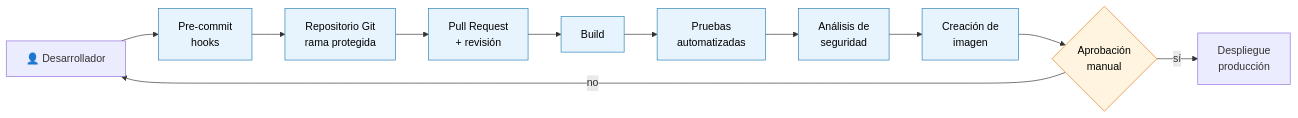
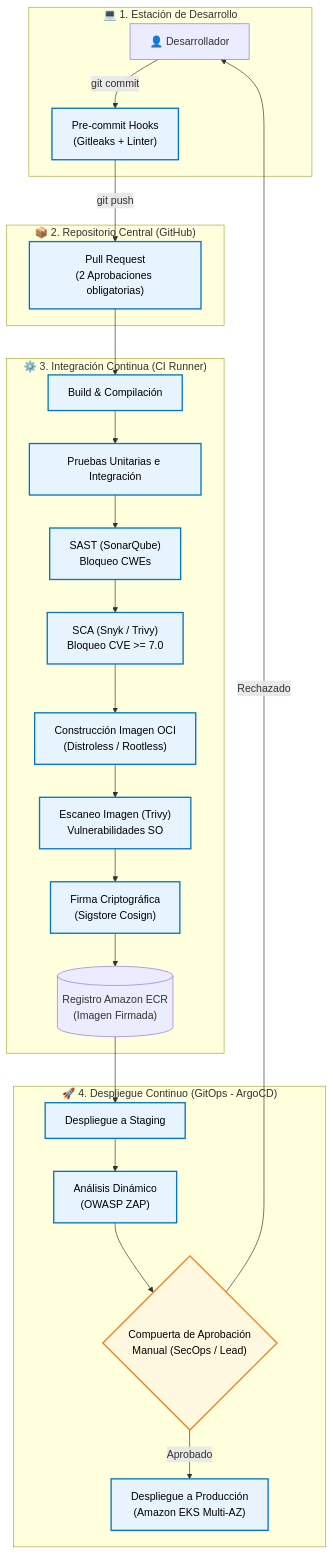
One commit to OscarHeRo/Examen2-ReMarket changed the diagram in entregables/4-pipeline-devsecops/pipeline-devsecops.md. Above: the diagram before and after it, drawn with Mermaid. The commit also changed other lines of this file and 43 other files, not shown here.

````diff
--- a/entregables/4-pipeline-devsecops/pipeline-devsecops.md
+++ b/entregables/4-pipeline-devsecops/pipeline-devsecops.md
@@ -9,18 +9,34 @@
 ```mermaid
-flowchart LR
-    DEV["👤 Desarrollador"] --> PRE["Pre-commit<br/>hooks"]
-    PRE --> GIT["Repositorio Git<br/>rama protegida"]
-    GIT --> PR["Pull Request<br/>+ revisión"]
-    PR --> BUILD["Build"]
-    BUILD --> TEST["Pruebas<br/>automatizadas"]
-    TEST --> SEC["Análisis de<br/>seguridad"]
-    SEC --> IMG["Creación de<br/>imagen"]
-    IMG --> APRO{"Aprobación<br/>manual"}
-    APRO -->|"sí"| PROD["Despliegue<br/>producción"]
-    APRO -->|"no"| DEV
+flowchart TD
+    subgraph LOCAL["💻 1. Estación de Desarrollo"]
+        DEV["👤 Desarrollador"] -->|"git commit"| PRE["Pre-commit Hooks<br/>(Gitleaks + Linter)"]
+    end
 
-    classDef etapa fill:#e8f4fd,stroke:#2980b9,color:#000
-    classDef puerta fill:#fff4e0,stroke:#e67e22,color:#000
-    class PRE,GIT,PR,BUILD,TEST,SEC,IMG etapa
-    class APRO puerta
+    subgraph GIT["📦 2. Repositorio Central (GitHub)"]
+        PRE -->|"git push"| PR["Pull Request<br/>(2 Aprobaciones obligatorias)"]
+    end
+
+    subgraph CI["⚙️ 3. Integración Continua (CI Runner)"]
+        PR --> BUILD["Build & Compilación"]
+        BUILD --> TEST["Pruebas Unitarias e Integración"]
+        TEST --> SAST["SAST (SonarQube)<br/>Bloqueo CWEs"]
+        SAST --> SCA["SCA (Snyk / Trivy)<br/>Bloqueo CVE >= 7.0"]
+        SCA --> DOCKER["Construcción Imagen OCI<br/>(Distroless / Rootless)"]
+        DOCKER --> IMGSCAN["Escaneo Imagen (Trivy)<br/>Vulnerabilidades SO"]
+        IMGSCAN --> COSIGN["Firma Criptográfica<br/>(Sigstore Cosign)"]
+        COSIGN --> ECR[("Registro Amazon ECR<br/>(Imagen Firmada)")]
+    end
+
+    subgraph CD["🚀 4. Despliegue Continuo (GitOps - ArgoCD)"]
+        ECR --> STAGE["Despliegue a Staging"]
+        STAGE --> DAST["Análisis Dinámico<br/>(OWASP ZAP)"]
+        DAST --> GATE{"Compuerta de Aprobación<br/>Manual (SecOps / Lead)"}
+        GATE -->|"Aprobado"| PROD["Despliegue a Producción<br/>(Amazon EKS Multi-AZ)"]
+        GATE -->|"Rechazado"| DEV
+    end
+
+    classDef etapa fill:#e8f4fd,stroke:#0277bd,stroke-width:2px,color:#000
+    classDef compuerta fill:#fff8e1,stroke:#f57f17,stroke-width:2px,color:#000
+    class PRE,PR,BUILD,TEST,SAST,SCA,DOCKER,IMGSCAN,COSIGN,STAGE,DAST,PROD etapa
+    class GATE compuerta
 ```
````
